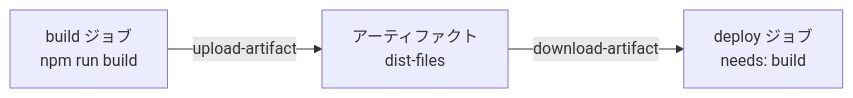
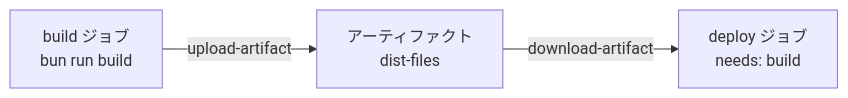
The seventh of 9 diagrams in Github-actions.md (myoshi2891/Quality-Assurance-Studies), drawn with Mermaid before and after one commit. The commit also changed other lines of this file, not shown here.

Commit message:
docs(ci): align GitHub Actions examples to Bun

````diff
--- a/Github-actions.md
+++ b/Github-actions.md
@@ -726,5 +725,5 @@
 ```mermaid
 flowchart LR
-    B["build ジョブ<br/>npm run build"] -->|upload-artifact| A["アーティファクト<br/>dist-files"]
+    B["build ジョブ<br/>bun run build"] -->|upload-artifact| A["アーティファクト<br/>dist-files"]
     A -->|download-artifact| D["deploy ジョブ<br/>needs: build"]
 ```
````
